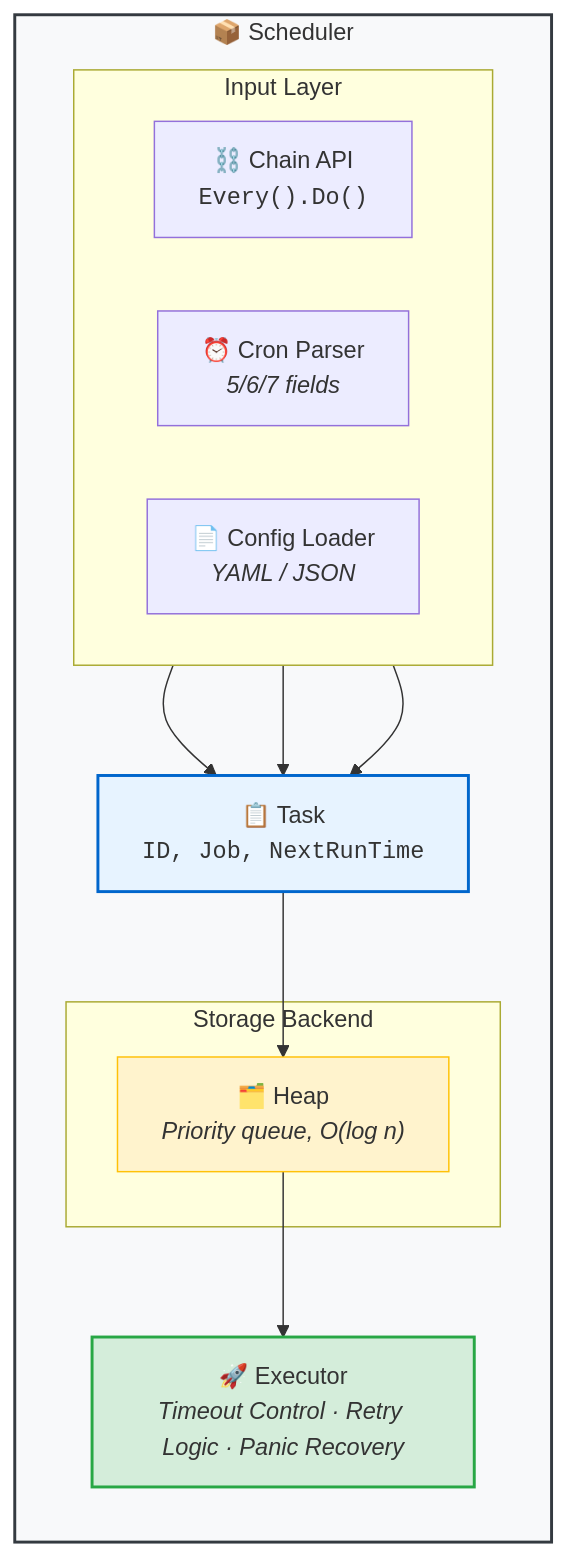
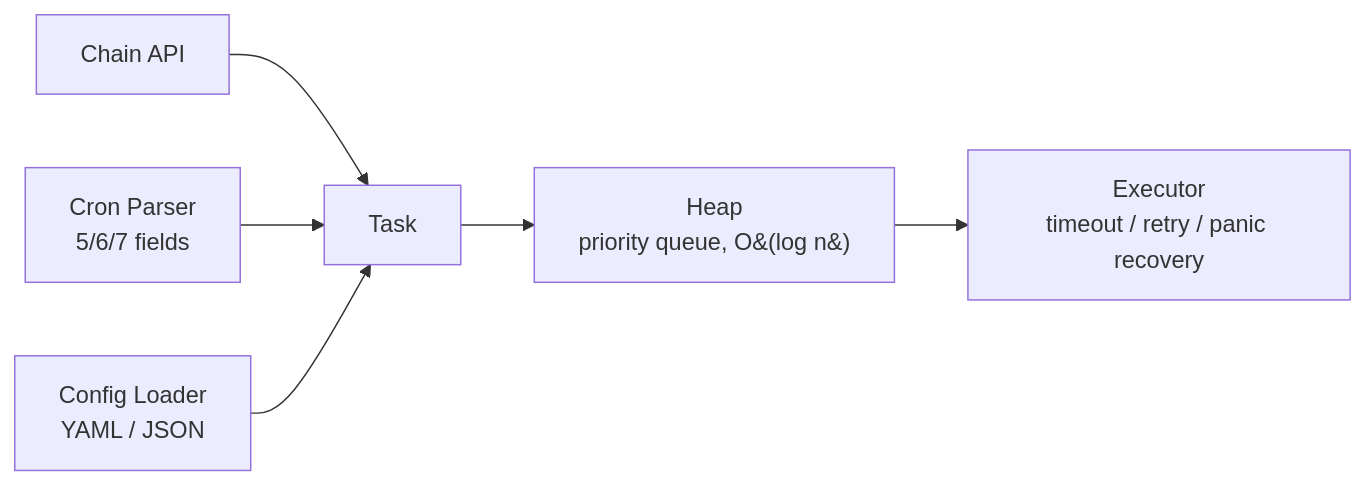
Before and after one commit to hansir-hsj/GoLiteCron: the diagram in README.md, drawn with Mermaid. The commit also changed other lines of this file and 14 other files, not shown here.

First line of the commit message:
fix: tighten builder, retry and config semantics

````diff
--- a/README.md
+++ b/README.md
@@ -63,32 +63,8 @@
 ```mermaid
-flowchart TB
-    subgraph Scheduler["📦 Scheduler"]
-        direction TB
-        
-        subgraph Input["Input Layer"]
-            direction LR
-            ChainAPI["⛓️ Chain API<br/><code>Every().Do()</code>"]
-            CronParser["⏰ Cron Parser<br/><i>5/6/7 fields</i>"]
-            ConfigLoader["📄 Config Loader<br/><i>YAML / JSON</i>"]
-        end
-        
-        Task["📋 Task<br/><code>ID, Job, NextRunTime</code>"]
-        
-        subgraph Storage["Storage Backend"]
-            Heap["🗂️ Heap<br/><i>Priority queue, O(log n)</i>"]
-        end
-        
-        Executor["🚀 Executor<br/><i>Timeout Control · Retry Logic · Panic Recovery</i>"]
-    end
-    
-    ChainAPI --> Task
-    CronParser --> Task
-    ConfigLoader --> Task
-    Task --> Heap
-    Heap --> Executor
-
-    style Scheduler fill:#f8f9fa,stroke:#343a40,stroke-width:2px
-    style Task fill:#e7f3ff,stroke:#0066cc,stroke-width:2px
-    style Executor fill:#d4edda,stroke:#28a745,stroke-width:2px
-    style Heap fill:#fff3cd,stroke:#ffc107,stroke-width:1px
+flowchart LR
+    A[Chain API] --> T[Task]
+    B[Cron Parser<br>5/6/7 fields] --> T
+    C[Config Loader<br>YAML / JSON] --> T
+    T --> H[Heap<br>priority queue, O&#40;log n&#41;]
+    H --> E[Executor<br>timeout / retry / panic recovery]
 ```
````
